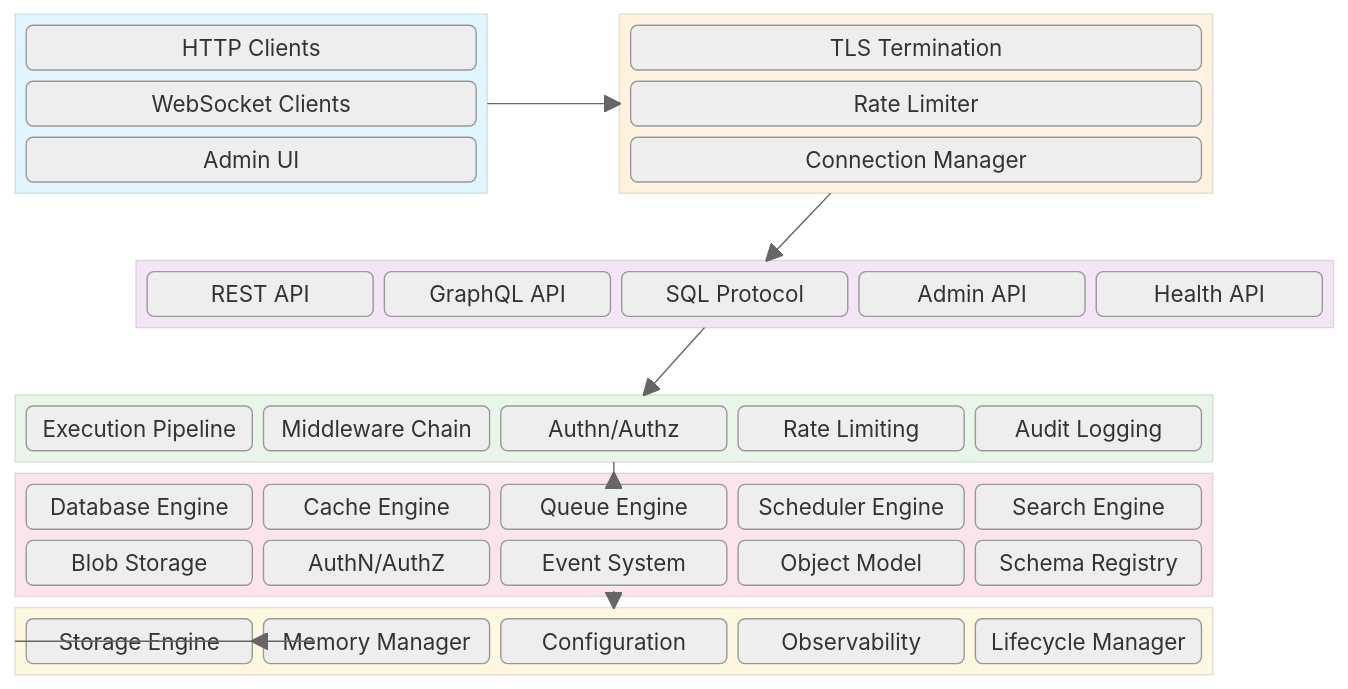
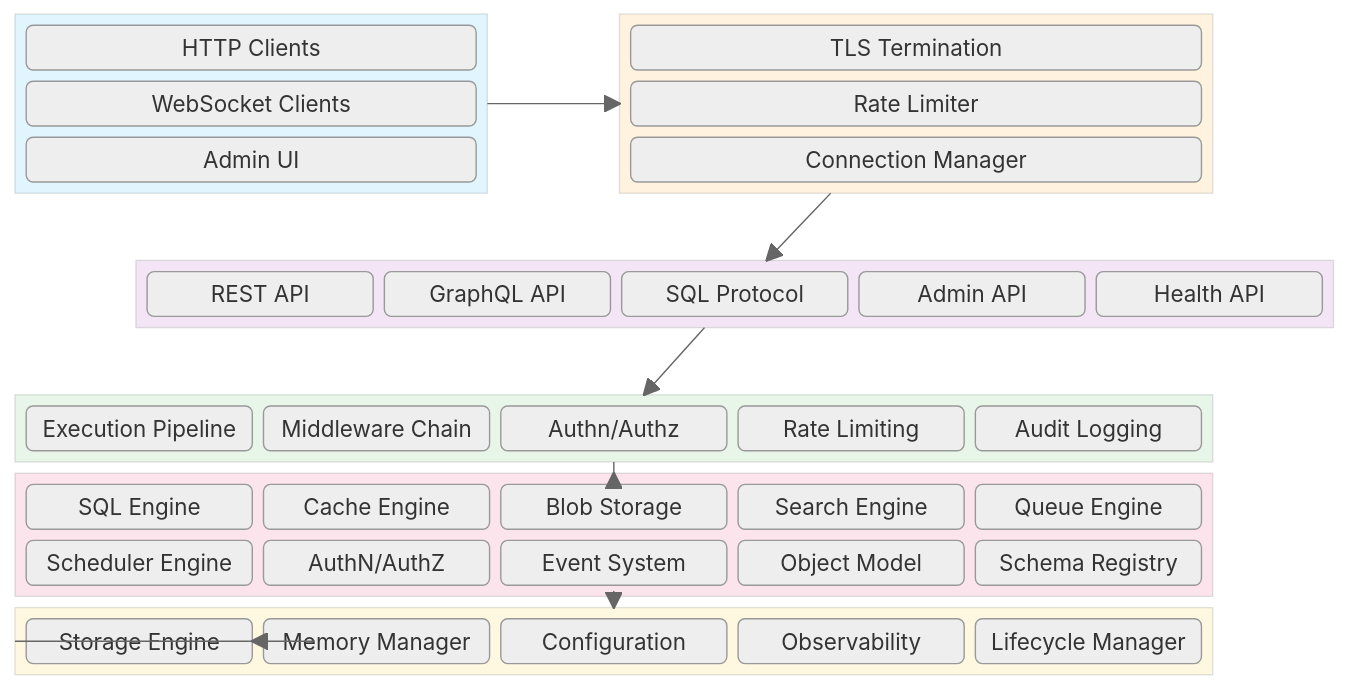
Before and after one commit to Icarus-afk/Nova-Runtime: the first of 7 diagrams in docs/06-high-level-architecture.md, drawn with Mermaid (neutral theme). The commit also changed other lines of this file and 7 other files, not shown here.

First line of the commit message:
Update architecture docs to match Phase 3 implementation

````diff
--- a/docs/06-high-level-architecture.md
+++ b/docs/06-high-level-architecture.md
@@ -56,77 +56,77 @@
 ```mermaid
 block-beta
   columns 10
 
   block:clients:4
     columns 1
     HTTP_Clients("HTTP Clients")
     WS_Clients("WebSocket Clients")
     Admin_UI("Admin UI")
   end
 
   space:1
 
   block:gateway:5
     columns 1
     TLSTerm("TLS Termination")
     RateLimiter("Rate Limiter")
     ConnManager("Connection Manager")
   end
 
   space:1
 
   block:api:10
     columns 5
     REST_API("REST API")
     GraphQL_API("GraphQL API")
     SQL_Protocol("SQL Protocol")
     Admin_API("Admin API")
     Health_API("Health API")
   end
 
   block:execution:10
     columns 5
     Pipeline("Execution Pipeline")
     Middleware("Middleware Chain")
     Auth("Authn/Authz")
     RateLimit("Rate Limiting")
     Audit("Audit Logging")
   end
 
   block:subsystems:10
     columns 5
-    DB("Database Engine")
+    SQL("SQL Engine")
     Cache("Cache Engine")
+    Blob("Blob Storage")
+    Search("Search Engine")
     Queue("Queue Engine")
     Scheduler("Scheduler Engine")
-    Search("Search Engine")
-    Blob("Blob Storage")
     AuthN("AuthN/AuthZ")
     Events("Event System")
     ObjectModel("Object Model")
     Schema("Schema Registry")
   end
 
   block:core:10
     columns 5
     Storage("Storage Engine")
     Memory("Memory Manager")
     Config("Configuration")
     Observ("Observability")
     Lifecycle("Lifecycle Manager")
   end
 
   clients --> gateway
   gateway --> api
   api --> execution
   execution --> subsystems
   subsystems --> core
   core --> Storage
 
   style clients fill:#e1f5fe
   style gateway fill:#fff3e0
   style api fill:#f3e5f5
   style execution fill:#e8f5e9
   style subsystems fill:#fce4ec
   style core fill:#fff8e1
 ```
````
